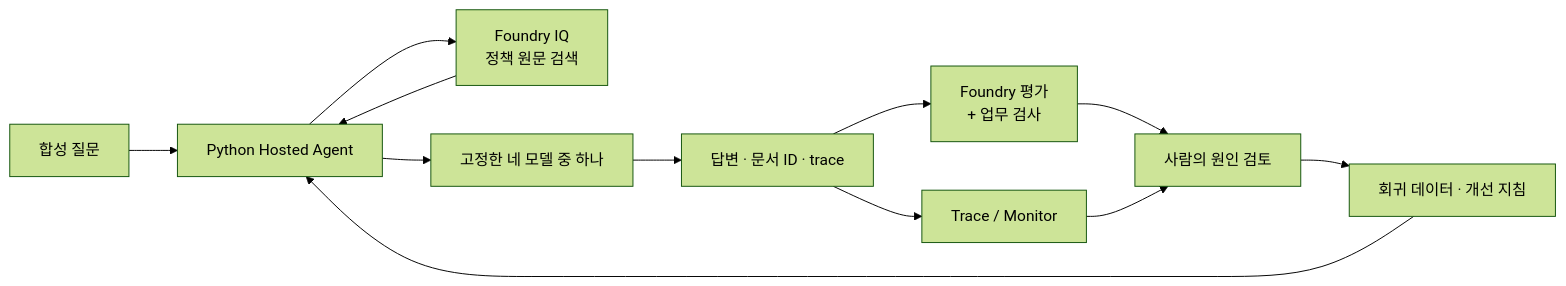
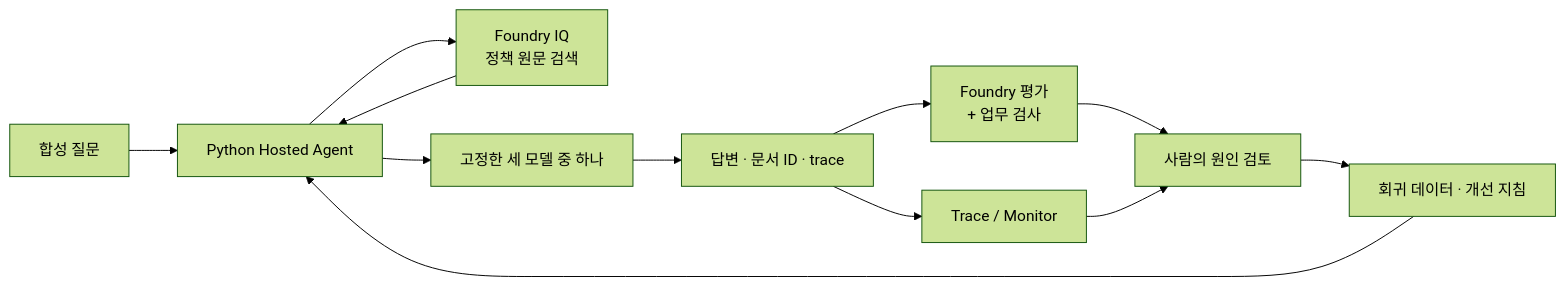
One commit to junwoojeong100/foundry-evaluation changed the diagram in docs/reference.ko.md. Above: the diagram before and after it, drawn with Mermaid (forest theme). The commit also changed other lines of this file and 68 other files, not shown here.

````diff
--- a/docs/reference.ko.md
+++ b/docs/reference.ko.md
@@ -55,14 +55,14 @@
 ```mermaid
 flowchart LR
     Q["합성 질문"] --> A["Python Hosted Agent"]
     A --> K["Foundry IQ\n정책 원문 검색"]
     K --> A
-    A --> M["고정한 네 모델 중 하나"]
+    A --> M["고정한 세 모델 중 하나"]
     M --> R["답변 · 문서 ID · trace"]
     R --> E["Foundry 평가\n+ 업무 검사"]
     R --> T["Trace / Monitor"]
     E --> H["사람의 원인 검토"]
     T --> H
     H --> P["회귀 데이터 · 개선 지침"]
     P --> A
 ```
````
